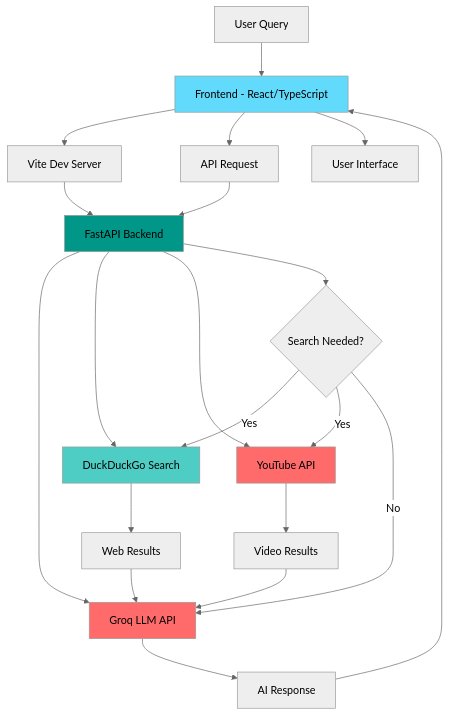
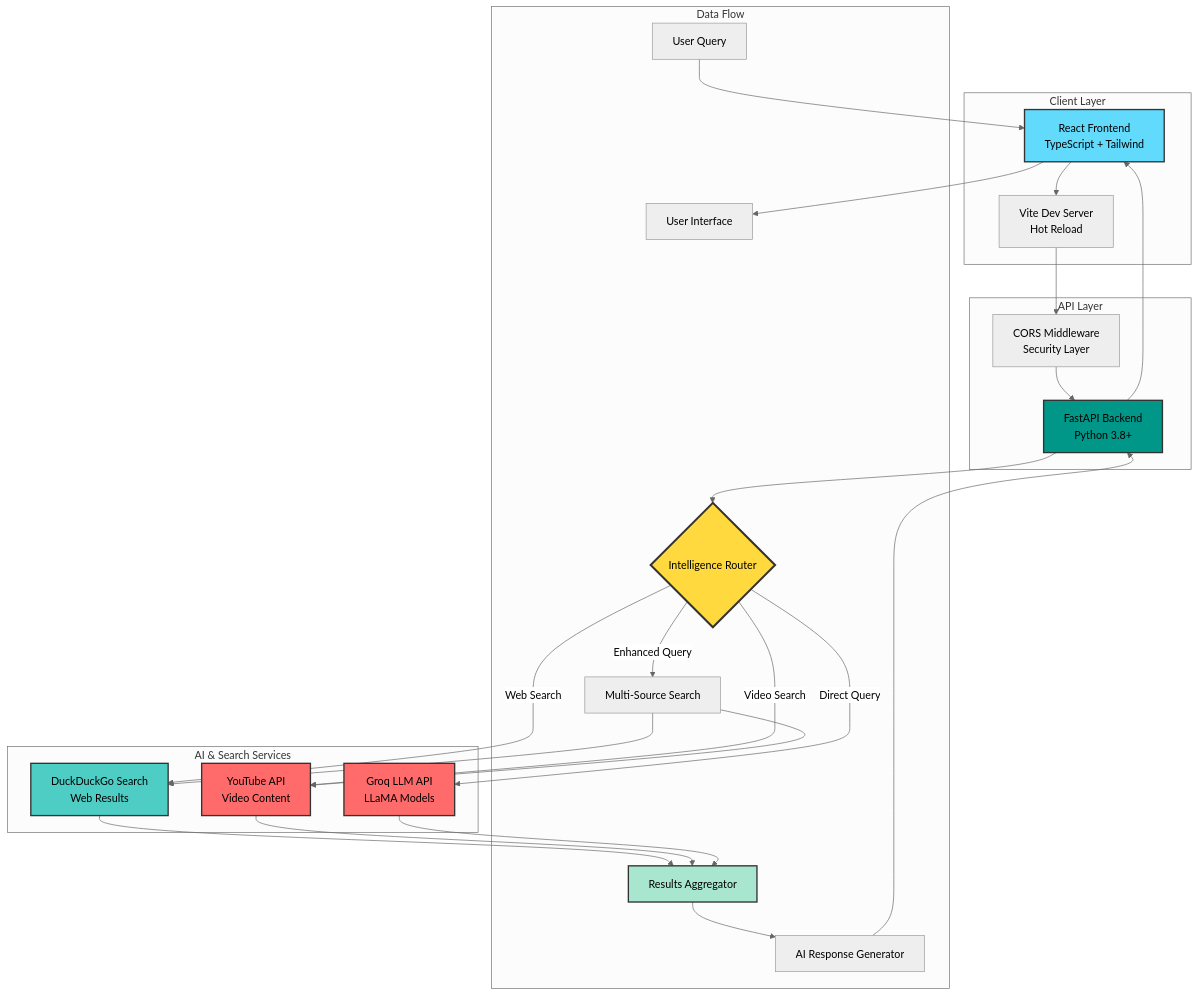
Before and after one commit to GokulanV7/SmartGenei: the first of 6 diagrams in README.md, drawn with Mermaid (neutral theme). The commit also changed other lines of this file, not shown here.

````diff
--- a/README.md
+++ b/README.md
@@ -33,29 +72,47 @@
 ```mermaid
 graph TB
-    A[Frontend - React/TypeScript] --> B[Vite Dev Server]
-    B --> C[FastAPI Backend]
-    C --> D[Groq LLM API]
-    C --> E[DuckDuckGo Search]
-    C --> F[YouTube API]
+    subgraph "Client Layer"
+        A[React Frontend<br/>TypeScript + Tailwind]
+        B[Vite Dev Server<br/>Hot Reload]
+    end
     
-    G[User Query] --> A
-    A --> H[API Request]
-    H --> C
-    C --> I{Search Needed?}
-    I -->|Yes| E
-    I -->|Yes| F
-    I -->|No| D
-    E --> J[Web Results]
-    F --> K[Video Results]
-    J --> D
-    K --> D
-    D --> L[AI Response]
-    L --> A
-    A --> M[User Interface]
+    subgraph "API Layer"
+        C[FastAPI Backend<br/>Python 3.8+]
+        D[CORS Middleware<br/>Security Layer]
+    end
     
-    style A fill:#61dafb
-    style C fill:#009688
-    style D fill:#ff6b6b
-    style E fill:#4ecdc4
-    style F fill:#ff6b6b
+    subgraph "AI & Search Services"
+        E[Groq LLM API<br/>LLaMA Models]
+        F[DuckDuckGo Search<br/>Web Results]
+        G[YouTube API<br/>Video Content]
+    end
+    
+    subgraph "Data Flow"
+        H[User Query] --> A
+        A --> B
+        B --> D
+        D --> C
+        C --> I{Intelligence Router}
+        I -->|Direct Query| E
+        I -->|Web Search| F
+        I -->|Video Search| G
+        I -->|Enhanced Query| J[Multi-Source Search]
+        J --> F
+        J --> G
+        F --> K[Results Aggregator]
+        G --> K
+        E --> K
+        K --> L[AI Response Generator]
+        L --> C
+        C --> A
+        A --> M[User Interface]
+    end
+    
+    style A fill:#61dafb,stroke:#333,stroke-width:2px
+    style C fill:#009688,stroke:#333,stroke-width:2px
+    style E fill:#ff6b6b,stroke:#333,stroke-width:2px
+    style F fill:#4ecdc4,stroke:#333,stroke-width:2px
+    style G fill:#ff6b6b,stroke:#333,stroke-width:2px
+    style I fill:#ffd93d,stroke:#333,stroke-width:3px
+    style K fill:#a8e6cf,stroke:#333,stroke-width:2px
 ```
````
